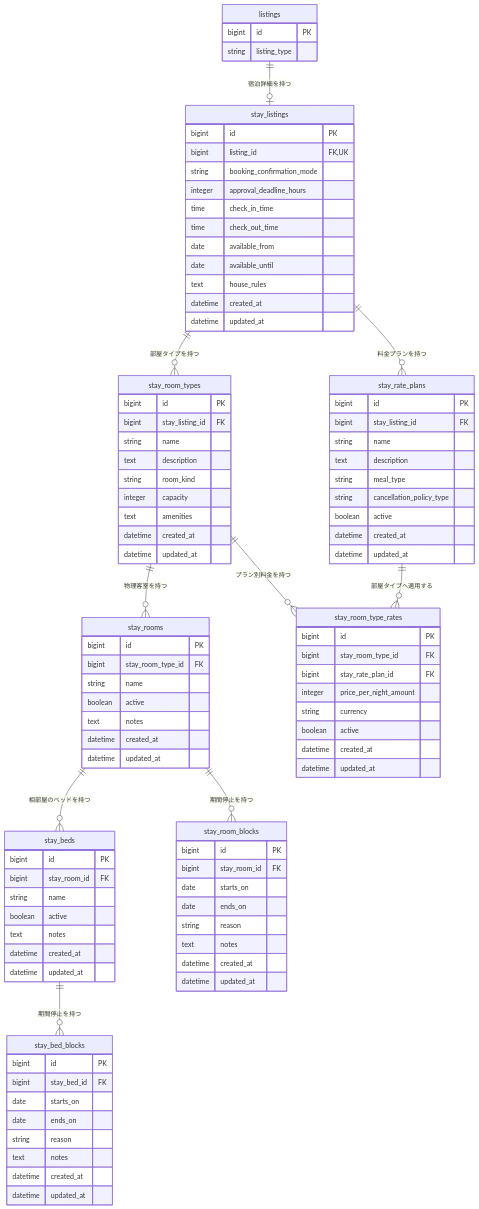
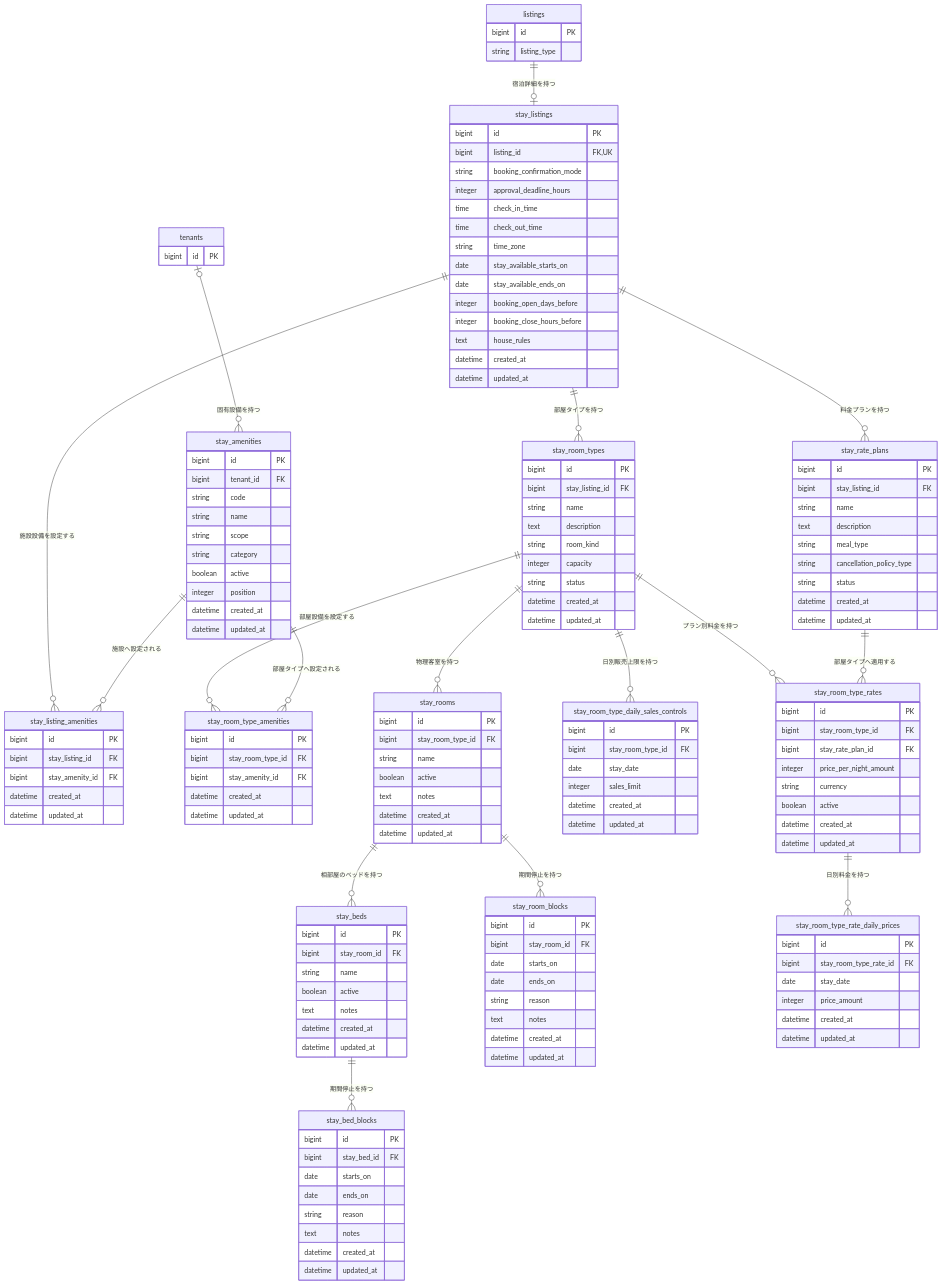
Before and after one commit to t0kio2/community-hub: the diagram in docs/er/01-listing-stay.md, drawn with Mermaid. The commit also changed other lines of this file and 6 other files, not shown here.

````diff
--- a/docs/er/01-listing-stay.md
+++ b/docs/er/01-listing-stay.md
@@ -7,5 +7,9 @@
 ```mermaid
 erDiagram
+    tenants {
+        bigint id PK
+    }
+
     listings {
         bigint id PK
         string listing_type
@@ -18,8 +22,11 @@
         integer approval_deadline_hours
         time check_in_time
         time check_out_time
-        date available_from
-        date available_until
+        string time_zone
+        date stay_available_starts_on
+        date stay_available_ends_on
+        integer booking_open_days_before
+        integer booking_close_hours_before
         text house_rules
         datetime created_at
         datetime updated_at
@@ -32,7 +39,36 @@
         text description
         string room_kind
         integer capacity
-        text amenities
+        string status
+        datetime created_at
+        datetime updated_at
+    }
+
+    stay_amenities {
+        bigint id PK
+        bigint tenant_id FK
+        string code
+        string name
+        string scope
+        string category
+        boolean active
+        integer position
+        datetime created_at
+        datetime updated_at
+    }
+
+    stay_listing_amenities {
+        bigint id PK
+        bigint stay_listing_id FK
+        bigint stay_amenity_id FK
+        datetime created_at
+        datetime updated_at
+    }
+
+    stay_room_type_amenities {
+        bigint id PK
+        bigint stay_room_type_id FK
+        bigint stay_amenity_id FK
         datetime created_at
         datetime updated_at
     }
@@ -79,6 +115,15 @@
         datetime updated_at
     }
 
+    stay_room_type_daily_sales_controls {
+        bigint id PK
+        bigint stay_room_type_id FK
+        date stay_date
+        integer sales_limit
+        datetime created_at
+        datetime updated_at
+    }
+
     stay_rate_plans {
         bigint id PK
         bigint stay_listing_id FK
@@ -86,7 +131,7 @@
         text description
         string meal_type
         string cancellation_policy_type
-        boolean active
+        string status
         datetime created_at
         datetime updated_at
     }
@@ -102,13 +147,29 @@
         datetime updated_at
     }
 
+    stay_room_type_rate_daily_prices {
+        bigint id PK
+        bigint stay_room_type_rate_id FK
+        date stay_date
+        integer price_amount
+        datetime created_at
+        datetime updated_at
+    }
+
     listings ||--o| stay_listings : "宿泊詳細を持つ"
     stay_listings ||--o{ stay_room_types : "部屋タイプを持つ"
+    tenants o|--o{ stay_amenities : "固有設備を持つ"
+    stay_listings ||--o{ stay_listing_amenities : "施設設備を設定する"
+    stay_amenities ||--o{ stay_listing_amenities : "施設へ設定される"
+    stay_room_types ||--o{ stay_room_type_amenities : "部屋設備を設定する"
+    stay_amenities ||--o{ stay_room_type_amenities : "部屋タイプへ設定される"
     stay_room_types ||--o{ stay_rooms : "物理客室を持つ"
     stay_rooms ||--o{ stay_beds : "相部屋のベッドを持つ"
     stay_rooms ||--o{ stay_room_blocks : "期間停止を持つ"
     stay_beds ||--o{ stay_bed_blocks : "期間停止を持つ"
+    stay_room_types ||--o{ stay_room_type_daily_sales_controls : "日別販売上限を持つ"
     stay_listings ||--o{ stay_rate_plans : "料金プランを持つ"
     stay_room_types ||--o{ stay_room_type_rates : "プラン別料金を持つ"
     stay_rate_plans ||--o{ stay_room_type_rates : "部屋タイプへ適用する"
+    stay_room_type_rates ||--o{ stay_room_type_rate_daily_prices : "日別料金を持つ"
 ```
````
